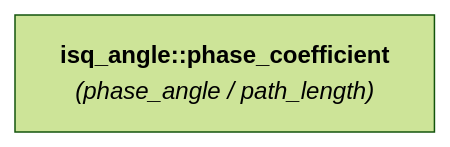
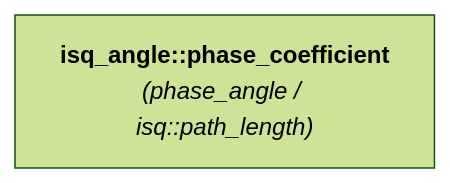
One commit to mpusz/mp-units changed the diagram in docs/reference/systems_reference/hierarchies/phase_coefficient_isq_angle.md. Above: the diagram before and after it, drawn with Mermaid (forest theme). The commit also changed 27 other files, not shown here.

````diff
--- a/docs/reference/systems_reference/hierarchies/phase_coefficient_isq_angle.md
+++ b/docs/reference/systems_reference/hierarchies/phase_coefficient_isq_angle.md
@@ -8,4 +8,4 @@
 ```mermaid
 flowchart LR
-    isq_angle_phase_coefficient["<b>isq_angle::phase_coefficient</b><br><i>(phase_angle / path_length)</i>"]
+    isq_angle_phase_coefficient["<b>isq_angle::phase_coefficient</b><br><i>(phase_angle / isq::path_length)</i>"]
 ```
````
